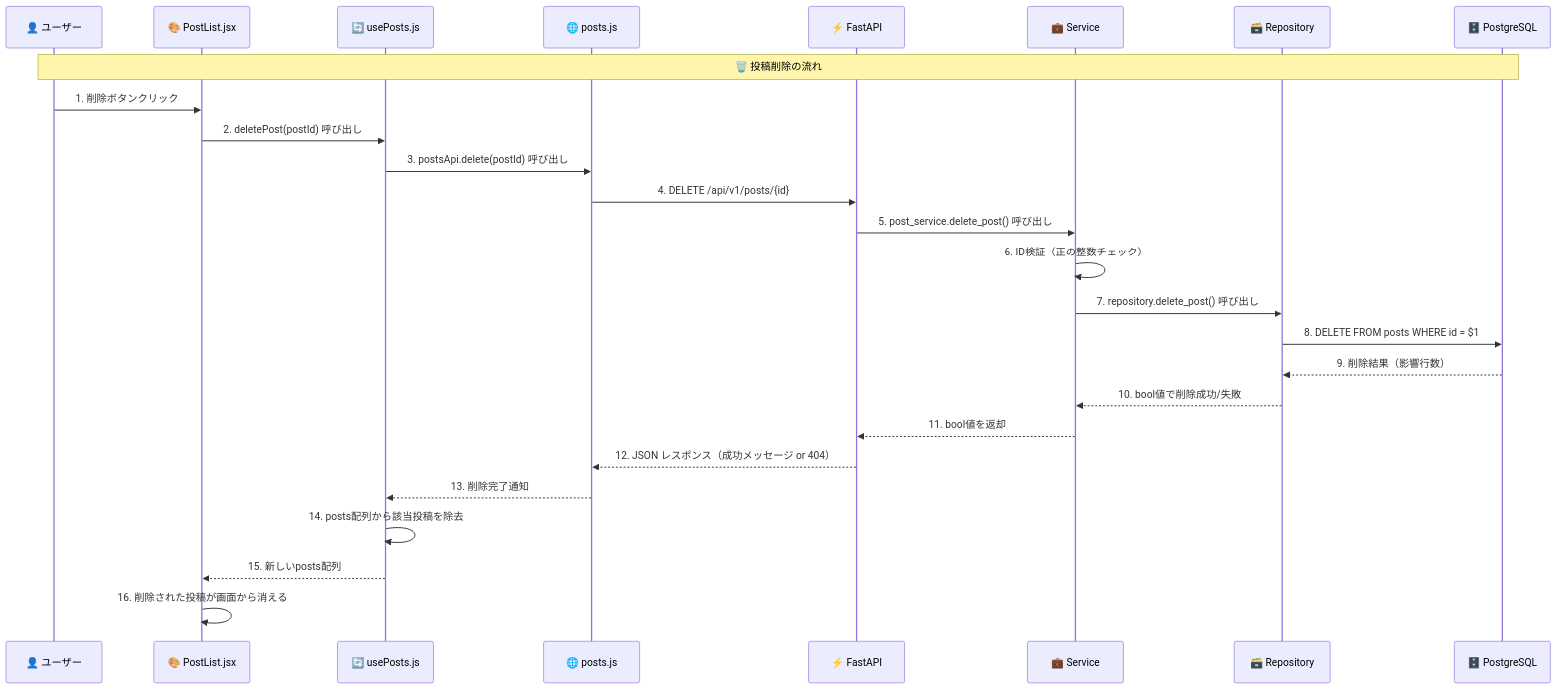
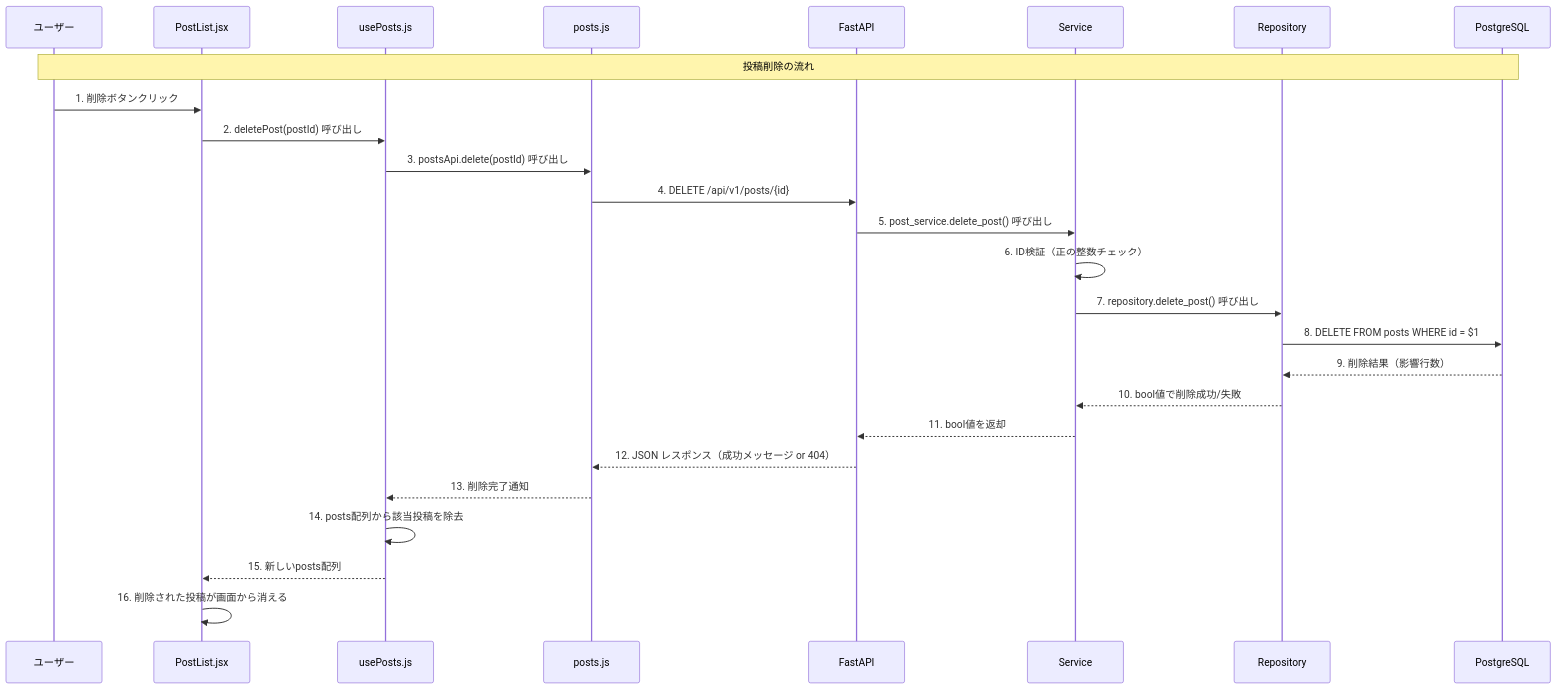
One commit to KITA-DS12/web-app-simple changed diagram 26 of 29 in lecture-materials.md. Above: the diagram before and after it, drawn with Mermaid. The commit also changed other lines of this file, not shown here.

````diff
--- a/lecture-materials.md
+++ b/lecture-materials.md
@@ -1816,30 +1816,30 @@
 ```mermaid
 sequenceDiagram
-    participant U as 👤 ユーザー
-    participant UI as 🎨 PostList.jsx
-    participant H as 🔄 usePosts.js
-    participant A as 🌐 posts.js
-    participant F as ⚡ FastAPI
-    participant S as 💼 Service
-    participant R as 🗃️ Repository
-    participant D as 🗄️ PostgreSQL
+    participant U as ユーザー
+    participant UI as PostList.jsx
+    participant H as usePosts.js
+    participant A as posts.js
+    participant F as FastAPI
+    participant S as Service
+    participant R as Repository
+    participant D as PostgreSQL
 
-    Note over U,D: 🗑️ 投稿削除の流れ
+    Note over U,D: 投稿削除の流れ
 
     U->>UI: 1. 削除ボタンクリック
     UI->>H: 2. deletePost(postId) 呼び出し
     H->>A: 3. postsApi.delete(postId) 呼び出し
     A->>F: 4. DELETE /api/v1/posts/{id}
     F->>S: 5. post_service.delete_post() 呼び出し
     S->>S: 6. ID検証（正の整数チェック）
     S->>R: 7. repository.delete_post() 呼び出し
     R->>D: 8. DELETE FROM posts WHERE id = $1
     D-->>R: 9. 削除結果（影響行数）
     R-->>S: 10. bool値で削除成功/失敗
     S-->>F: 11. bool値を返却
     F-->>A: 12. JSON レスポンス（成功メッセージ or 404）
     A-->>H: 13. 削除完了通知
     H->>H: 14. posts配列から該当投稿を除去
     H-->>UI: 15. 新しいposts配列
     UI->>UI: 16. 削除された投稿が画面から消える
 ```
````
